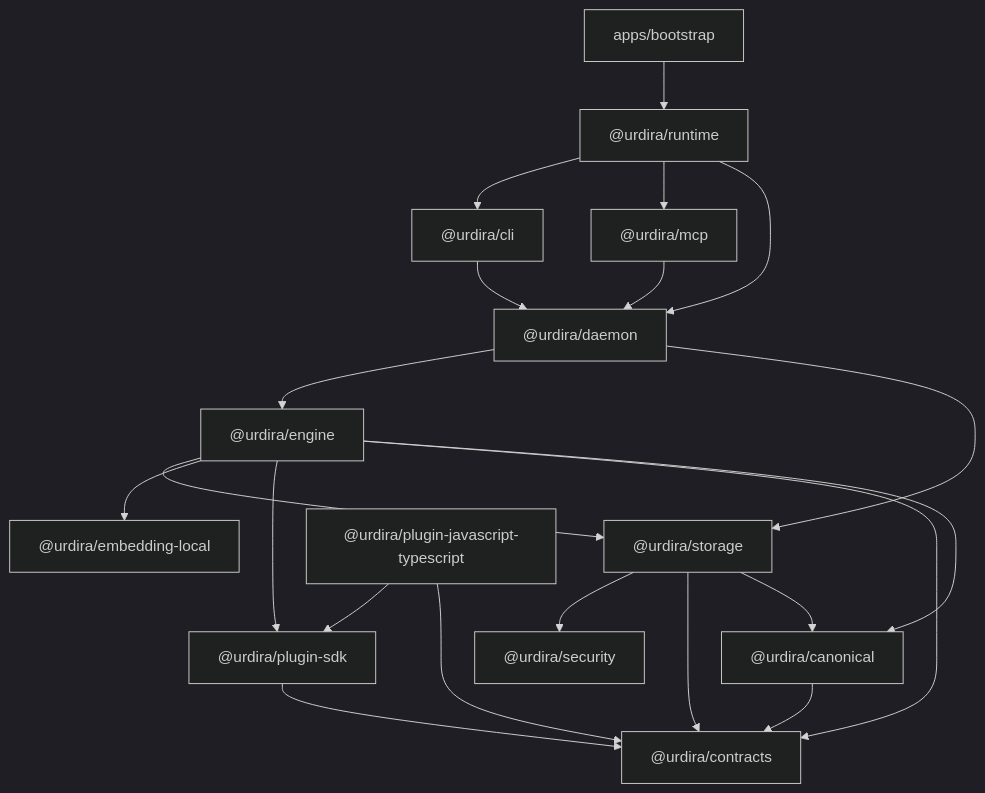
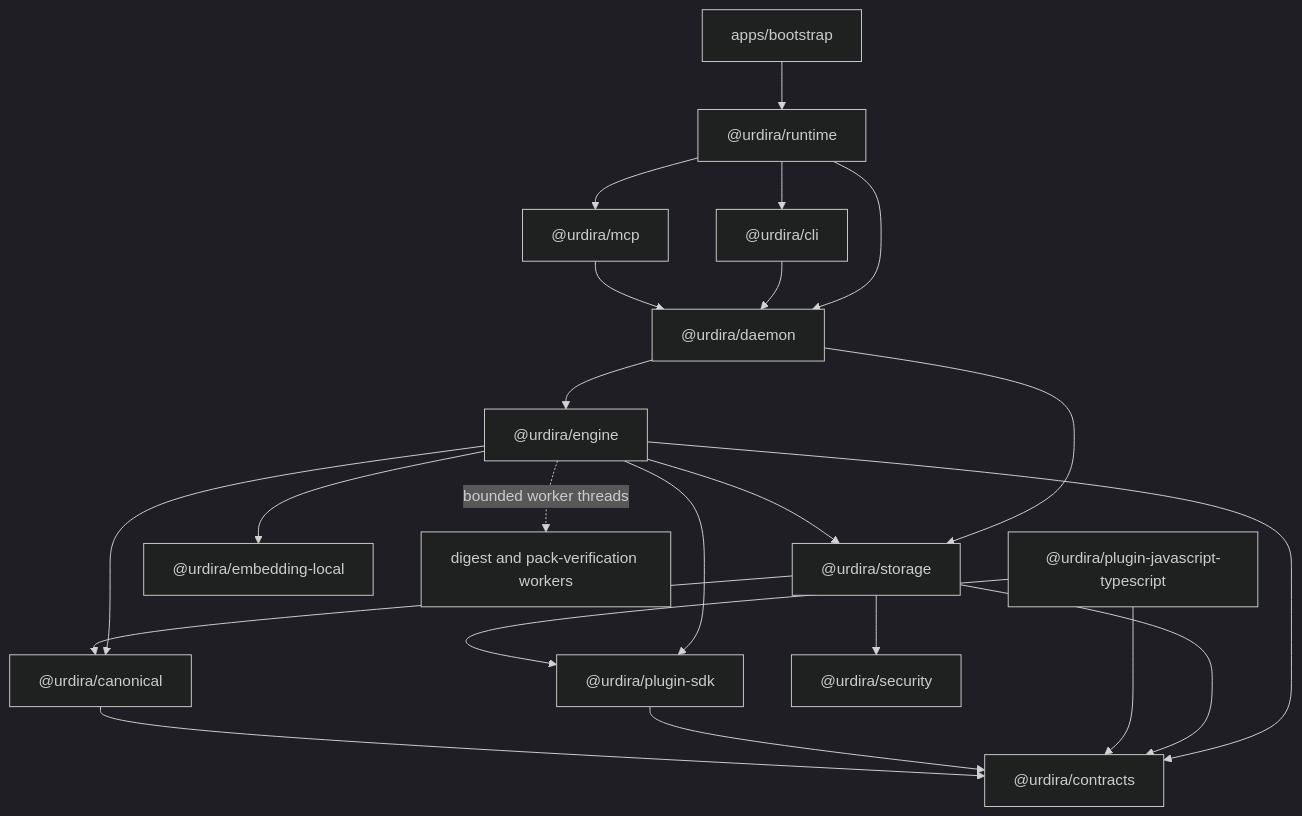
The first of 7 diagrams in docs/architecture.md (CristianBB/urdira), drawn with Mermaid (dark theme) before and after one commit. The commit also changed other lines of this file and 46 other files, not shown here.

First line of the commit message:
refactor: align v3 architecture with the current pipeline

````diff
--- a/docs/architecture.md
+++ b/docs/architecture.md
@@ -28,23 +30,24 @@
 ```mermaid
 flowchart TD
   Bootstrap["apps/bootstrap"] --> Runtime["@urdira/runtime"]
   Runtime --> CLI["@urdira/cli"]
   Runtime --> MCP["@urdira/mcp"]
   Runtime --> Daemon["@urdira/daemon"]
   CLI --> Daemon
   MCP --> Daemon
   Daemon --> Engine["@urdira/engine"]
   Daemon --> Storage["@urdira/storage"]
   Engine --> Storage
   Engine --> Embedding["@urdira/embedding-local"]
   Engine --> PluginSDK["@urdira/plugin-sdk"]
   Engine --> Contracts["@urdira/contracts"]
   Engine --> Canonical["@urdira/canonical"]
+  Engine -. "bounded worker threads" .-> Workers["digest and pack-verification workers"]
   Storage --> Security["@urdira/security"]
   Storage --> Contracts
   Storage --> Canonical
   PluginJS["@urdira/plugin-javascript-typescript"] --> PluginSDK
   PluginJS --> Contracts
   PluginSDK --> Contracts
   Canonical --> Contracts
 ```
````
